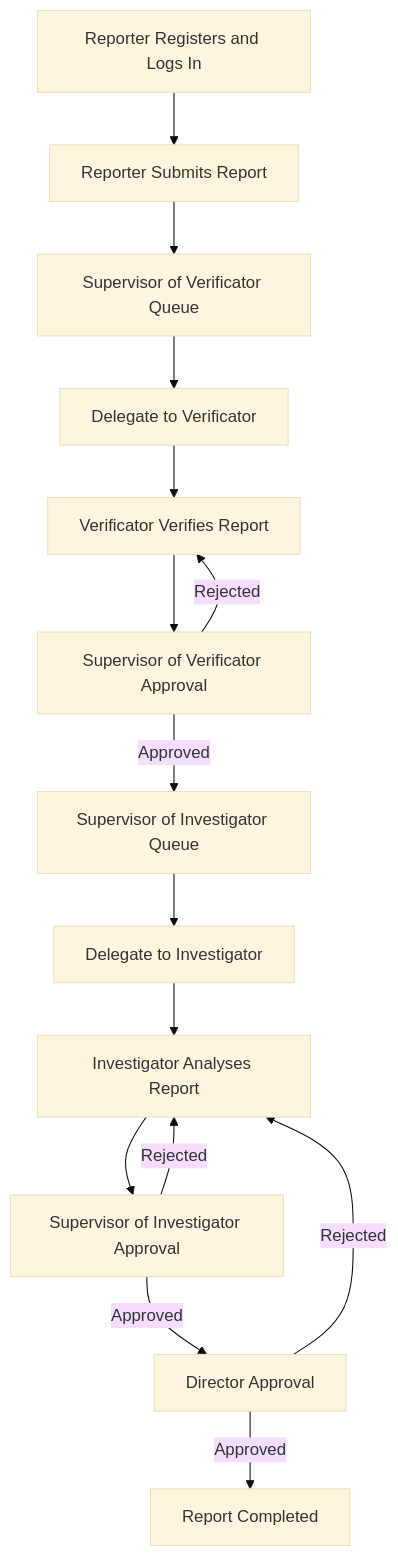
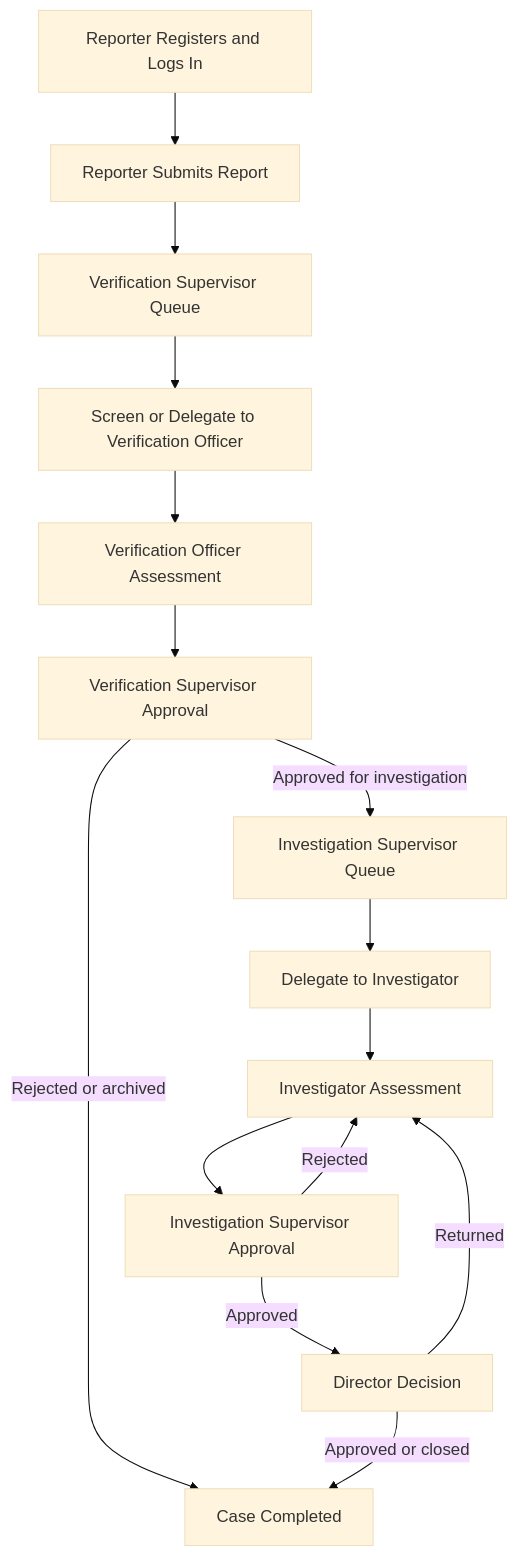
The second of 2 diagrams in docs/architecture.md (aidilikbar/wbs-thesis), drawn with Mermaid (base theme) before and after one commit. The commit also changed other lines of this file and 18 other files, not shown here.

````diff
--- a/docs/architecture.md
+++ b/docs/architecture.md
@@ -50,17 +59,17 @@
 ```mermaid
 flowchart TD
     A["Reporter Registers and Logs In"] --> B["Reporter Submits Report"]
-    B --> C["Supervisor of Verificator Queue"]
-    C --> D["Delegate to Verificator"]
-    D --> E["Verificator Verifies Report"]
-    E --> F["Supervisor of Verificator Approval"]
-    F -->|Approved| G["Supervisor of Investigator Queue"]
-    F -->|Rejected| E
+    B --> C["Verification Supervisor Queue"]
+    C --> D["Screen or Delegate to Verification Officer"]
+    D --> E["Verification Officer Assessment"]
+    E --> F["Verification Supervisor Approval"]
+    F -->|Approved for investigation| G["Investigation Supervisor Queue"]
+    F -->|Rejected or archived| L["Case Completed"]
     G --> H["Delegate to Investigator"]
-    H --> I["Investigator Analyses Report"]
-    I --> J["Supervisor of Investigator Approval"]
-    J -->|Approved| K["Director Approval"]
+    H --> I["Investigator Assessment"]
+    I --> J["Investigation Supervisor Approval"]
+    J -->|Approved| K["Director Decision"]
     J -->|Rejected| I
-    K -->|Approved| L["Report Completed"]
-    K -->|Rejected| I
+    K -->|Approved or closed| L["Case Completed"]
+    K -->|Returned| I
 ```
````
